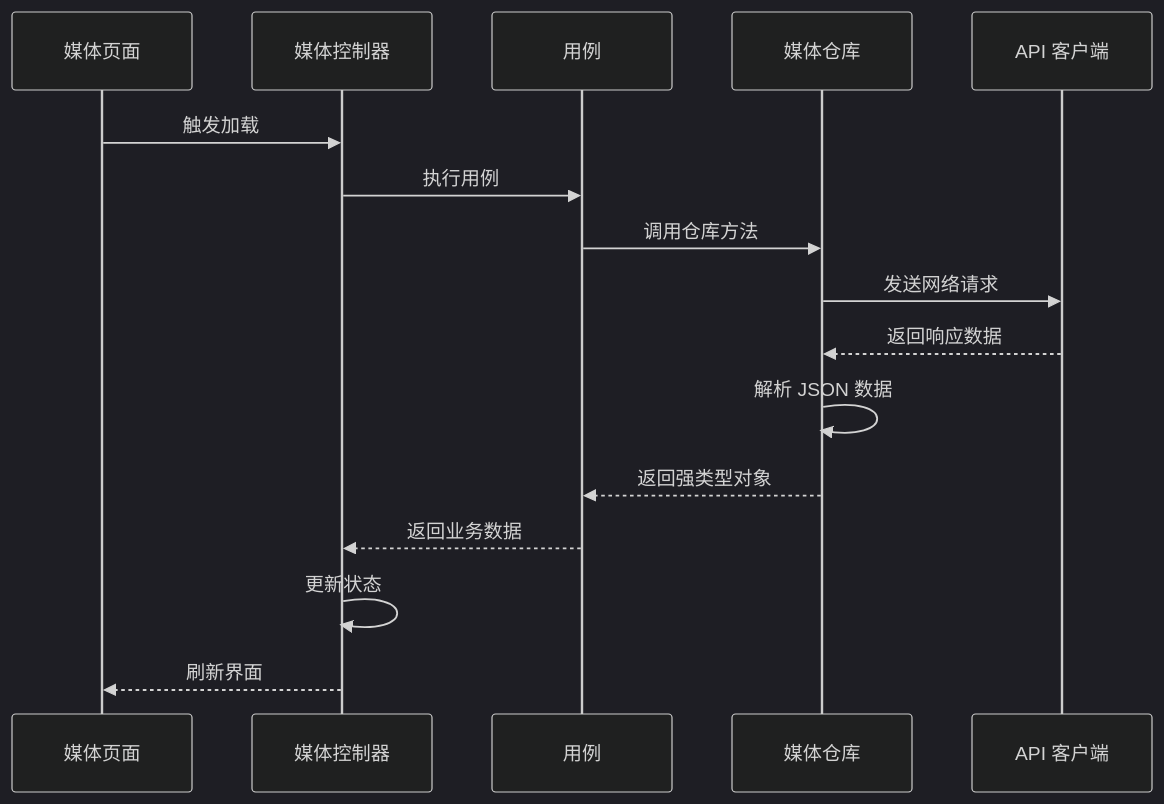
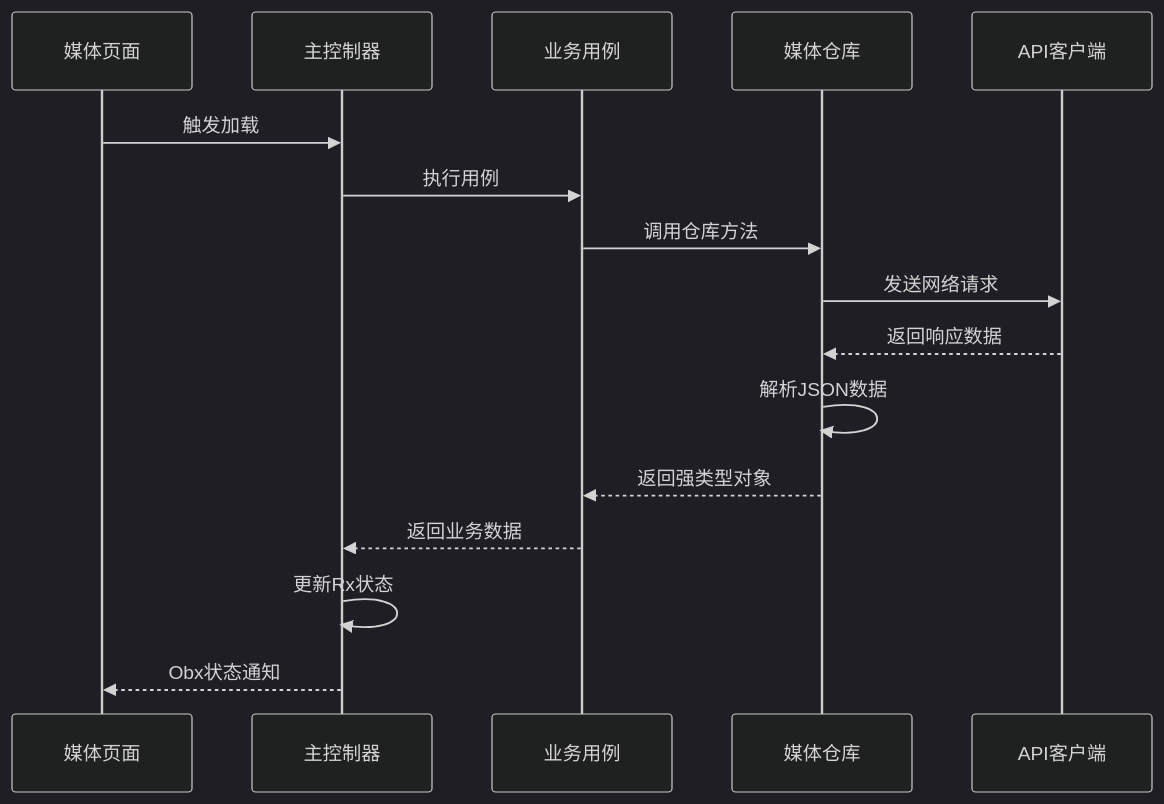
Before and after one commit to justLXX/pilipala: the sixth of 19 diagrams in .qoder/repowiki/zh/content/核心模块/功能模块/媒体管理模块.md, drawn with Mermaid (dark theme). The commit also changed other lines of this file and 194 other files, not shown here.

````diff
--- a/.qoder/repowiki/zh/content/核心模块/功能模块/媒体管理模块.md
+++ b/.qoder/repowiki/zh/content/核心模块/功能模块/媒体管理模块.md
@@ -186,18 +295,18 @@
 ```mermaid
 sequenceDiagram
 participant UI as 媒体页面
-participant MC as 媒体控制器
-participant UC as 用例
+participant MC as 主控制器
+participant UC as 业务用例
 participant MR as 媒体仓库
-participant API as API 客户端
+participant API as API客户端
 UI->>MC : 触发加载
 MC->>UC : 执行用例
 UC->>MR : 调用仓库方法
 MR->>API : 发送网络请求
 API-->>MR : 返回响应数据
-MR->>MR : 解析 JSON 数据
+MR->>MR : 解析JSON数据
 MR-->>UC : 返回强类型对象
 UC-->>MC : 返回业务数据
-MC->>MC : 更新状态
-MC-->>UI : 刷新界面
+MC->>MC : 更新Rx状态
+MC-->>UI : Obx状态通知
 ```
````
